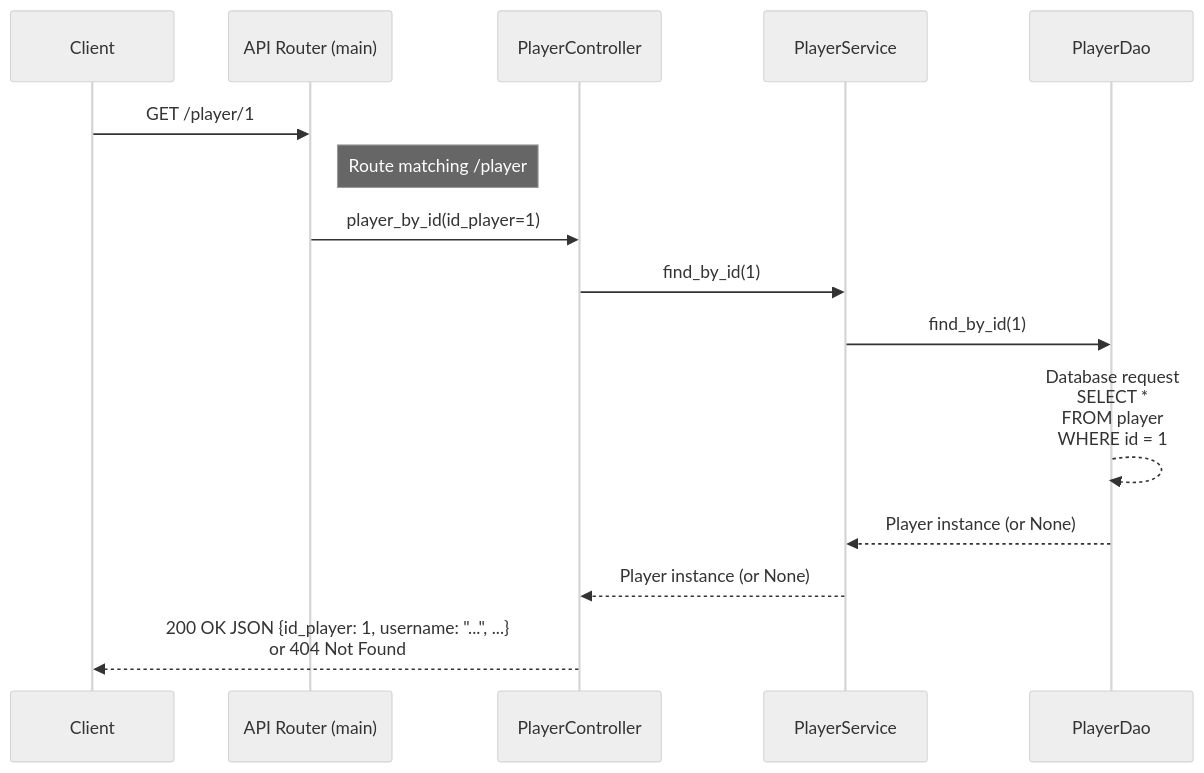
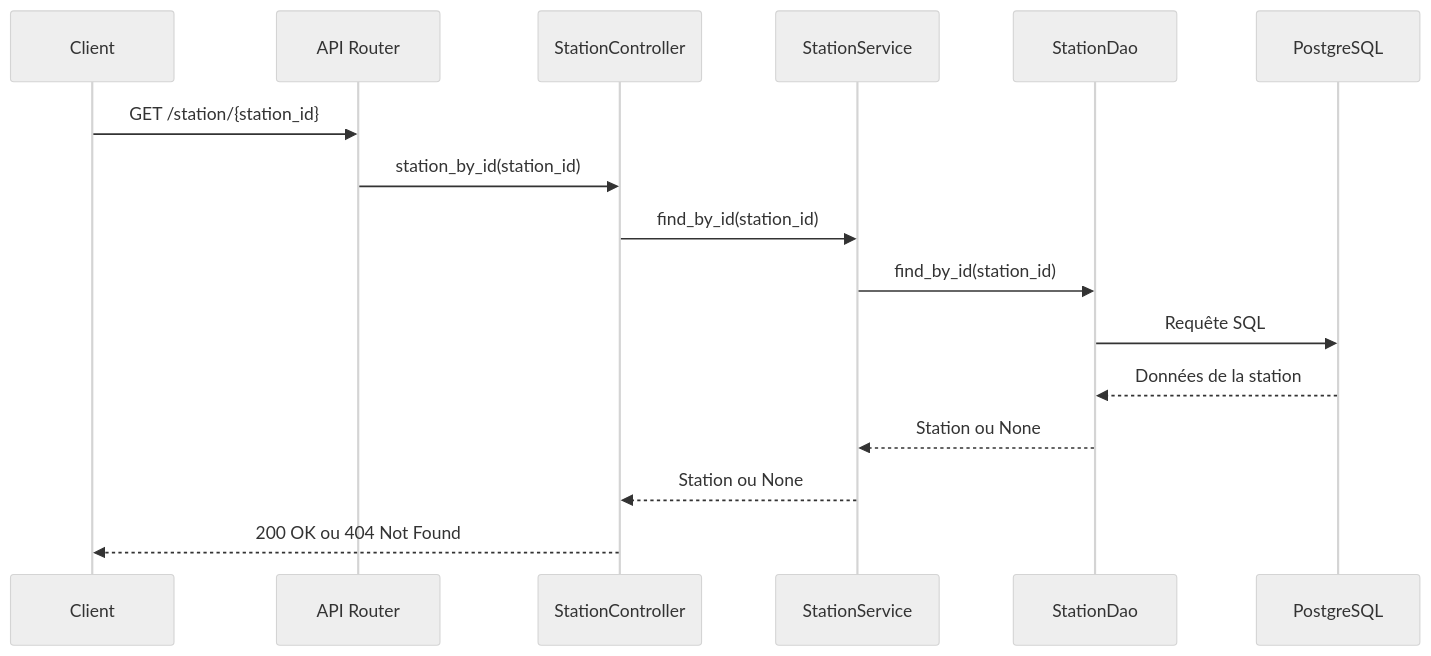
One commit to romanedelanzy/ensai-it-project-2a-team25 changed the diagram in backend/README.md. Above: the diagram before and after it, drawn with Mermaid (neutral theme). The commit also changed other lines of this file and 5 other files, not shown here.

````diff
--- a/backend/README.md
+++ b/backend/README.md
@@ -30,20 +53,19 @@
 ```mermaid
 sequenceDiagram
-    participant Client as Client
-    participant Router as API Router (main)
-    participant WS as PlayerController
-    participant Service as PlayerService
-    participant DAO as PlayerDao
+    participant Client
+    participant Router as API Router
+    participant Controller as StationController
+    participant Service as StationService
+    participant DAO as StationDao
+    participant DB as PostgreSQL
 
-    Client->>Router: GET /player/1
-    Note right of Router: Route matching /player
-    Router->>WS: player_by_id(id_player=1)
-
-    WS->>Service: find_by_id(1)
-
-    Service->>DAO: find_by_id(1)
-    DAO-->>DAO: Database request <br/>SELECT *<br/>FROM player<br/> WHERE id = 1
-    DAO-->>Service: Player instance (or None)
-    Service-->>WS: Player instance (or None)
-    WS-->>Client: 200 OK JSON {id_player: 1, username: "...", ...} <br/> or 404 Not Found
+    Client->>Router: GET /station/{station_id}
+    Router->>Controller: station_by_id(station_id)
+    Controller->>Service: find_by_id(station_id)
+    Service->>DAO: find_by_id(station_id)
+    DAO->>DB: Requête SQL
+    DB-->>DAO: Données de la station
+    DAO-->>Service: Station ou None
+    Service-->>Controller: Station ou None
+    Controller-->>Client: 200 OK ou 404 Not Found
 ```
````
